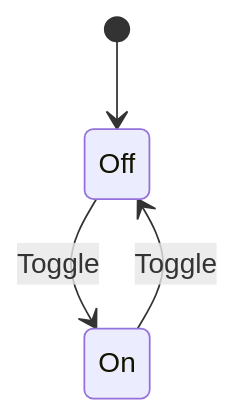
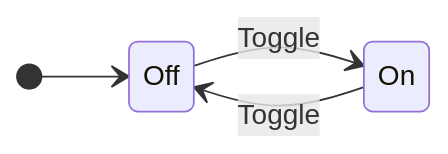
One commit to atlekbai/stateless changed the first of 10 diagrams in README.md. Above: the diagram before and after it, drawn with Mermaid. The commit also changed other lines of this file, not shown here.

Commit message:
Refactor README to streamline Mermaid diagram examples and clarify guard conditions

````diff
--- a/README.md
+++ b/README.md
@@ -100,6 +84,7 @@
 ```mermaid
 stateDiagram-v2
+    direction LR
     [*] --> Off
     Off --> On: Toggle
     On --> Off: Toggle
 ```
````
